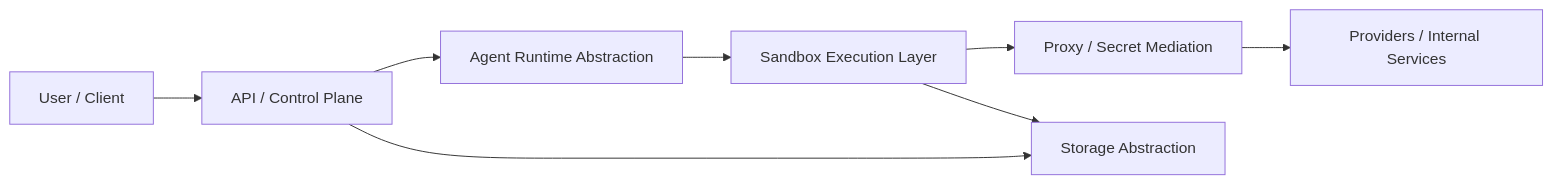
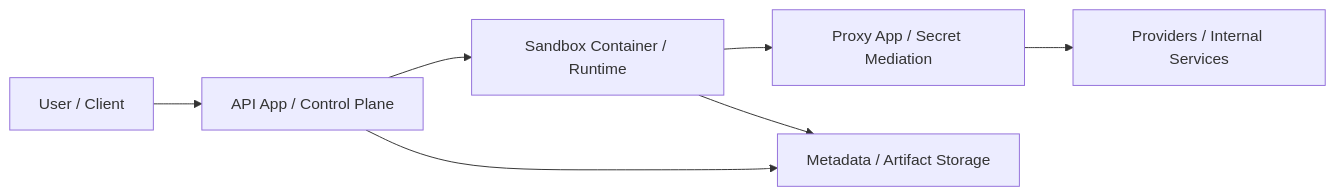
Before and after one commit to wontaeJeong/agentsty: the diagram in README.md, drawn with Mermaid. The commit also changed other lines of this file, not shown here.

````diff
--- a/README.md
+++ b/README.md
@@ -20,10 +20,9 @@
 ```mermaid
 flowchart LR
-    user[User / Client] --> api[API / Control Plane]
-    api --> agent[Agent Runtime Abstraction]
-    agent --> sandbox[Sandbox Execution Layer]
-    sandbox --> proxy[Proxy / Secret Mediation]
-    api --> storage[Storage Abstraction]
+    user[User / Client] --> api[API App / Control Plane]
+    api --> sandbox[Sandbox Container / Runtime]
+    sandbox --> proxy[Proxy App / Secret Mediation]
+    api --> storage[Metadata / Artifact Storage]
     sandbox --> storage
     proxy --> provider[Providers / Internal Services]
 ```
````
